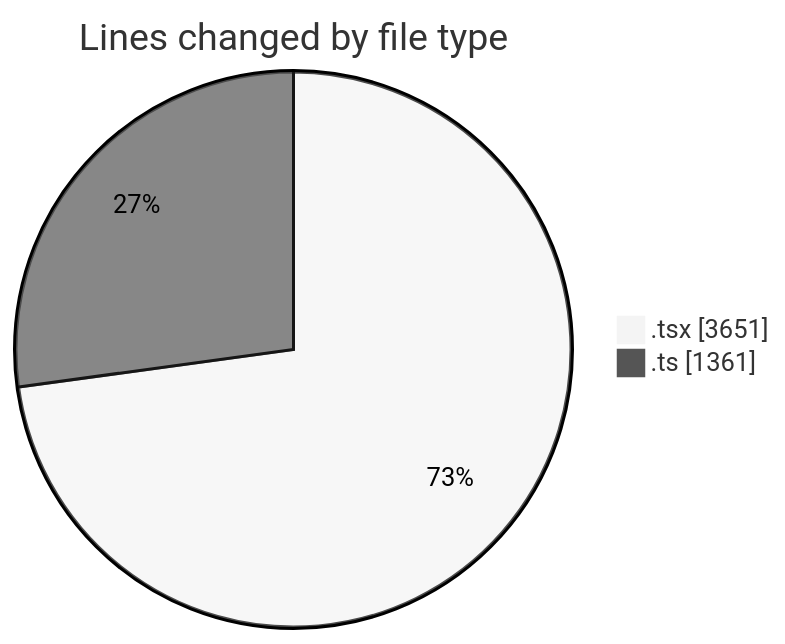
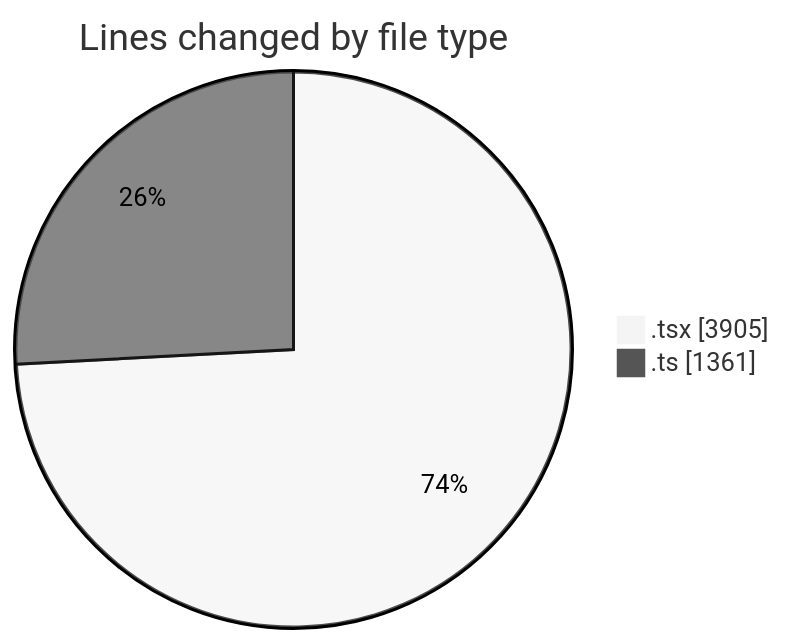
Before and after one commit to nxtqubesakshisongat/code-tracking: the first of 2 diagrams in 2026-03-06/nxtqube_webapp/README.md, drawn with Mermaid (neutral theme). The commit also changed other lines of this file and 1 other file, not shown here.

````diff
--- a/2026-03-06/nxtqube_webapp/README.md
+++ b/2026-03-06/nxtqube_webapp/README.md
@@ -31,6 +32,6 @@
 ```mermaid
 pie showData
 title Lines changed by file type
-".tsx" : 3651
+".tsx" : 3905
 ".ts" : 1361
 ```
````
